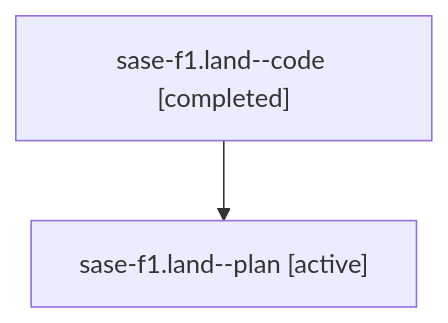
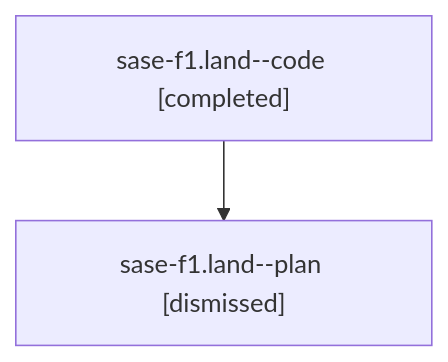
One commit to sase-org/sase--agents changed the diagram in sessions/bbugyi200.athena.sase-f1.land.md. Above: the diagram before and after it, drawn with Mermaid. The commit also changed other lines of this file and 66 other files, not shown here.

````diff
--- a/sessions/bbugyi200.athena.sase-f1.land.md
+++ b/sessions/bbugyi200.athena.sase-f1.land.md
@@ -9,6 +9,6 @@
 ```mermaid
 flowchart TD
   n0["sase-f1.land--code [completed]"]
-  n1["sase-f1.land--plan [active]"]
+  n1["sase-f1.land--plan [dismissed]"]
   n0 --> n1
 ```
````
